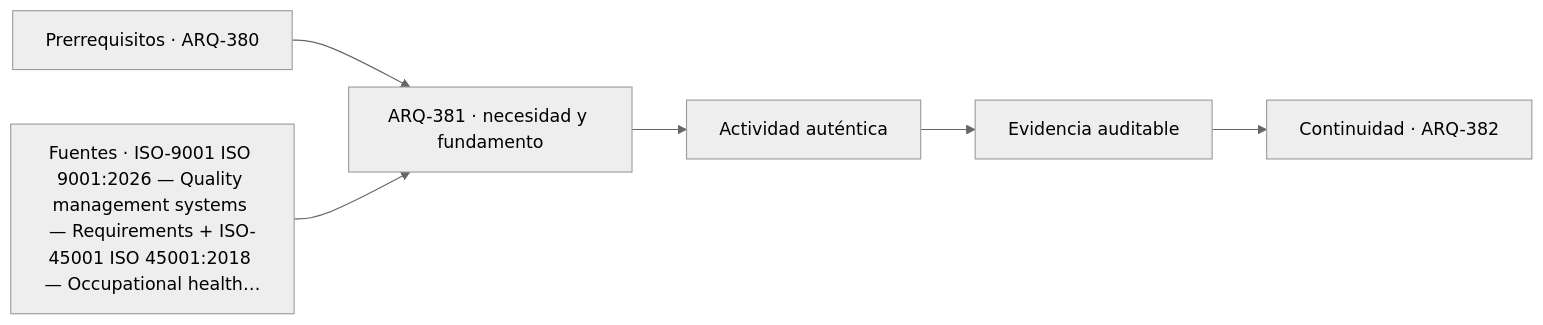
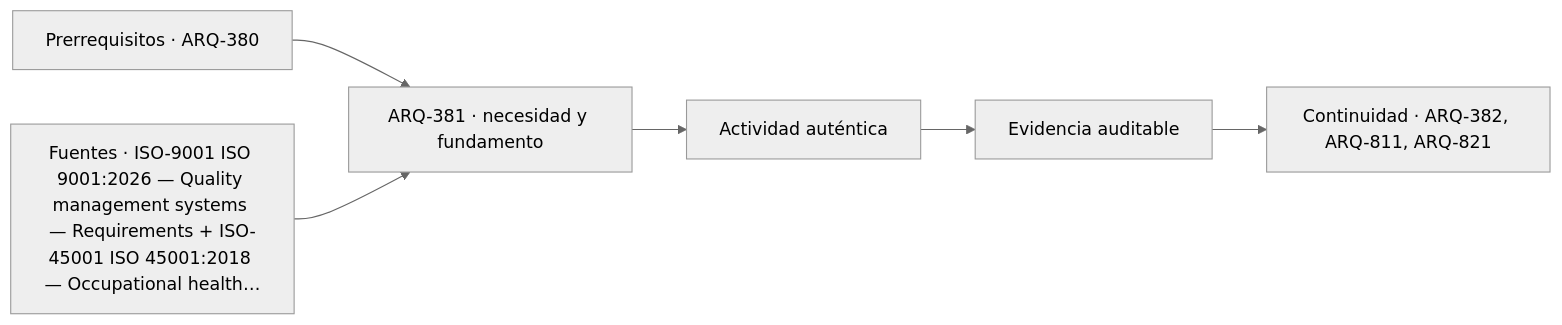
The diagram in classes/parte-39/ARQ-381.md (vladimiracunadev-create/architecture-built-environment-learning-program), drawn with Mermaid (neutral theme) before and after one commit. The commit also changed other lines of this file and 234 other files, not shown here.

````diff
--- a/classes/parte-39/ARQ-381.md
+++ b/classes/parte-39/ARQ-381.md
@@ -113,8 +113,8 @@
 ```mermaid
 flowchart LR
     A["Prerrequisitos · ARQ-380"] --> B["ARQ-381 · necesidad y fundamento"]
     S["Fuentes · ISO-9001 ISO 9001:2026 — Quality management systems — Requirements + ISO-45001 ISO 45001:2018 — Occupational health…"] --> B
     B --> C["Actividad auténtica"]
     C --> D["Evidencia auditable"]
-    D --> E["Continuidad · ARQ-382"]
+    D --> E["Continuidad · ARQ-382, ARQ-811, ARQ-821"]
 ```
````
